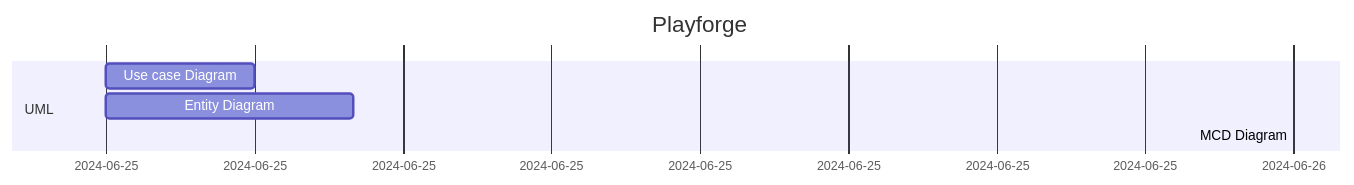
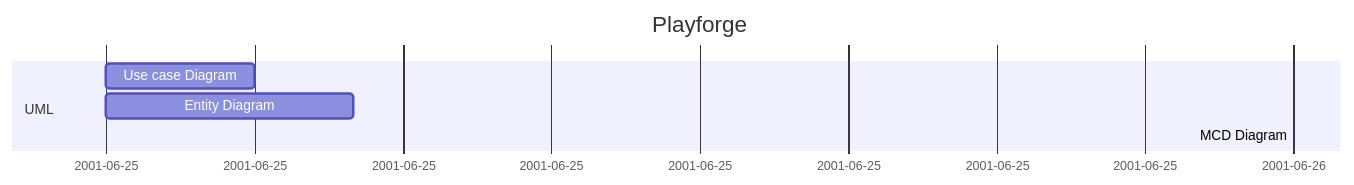
The first of 3 diagrams in README.md (JameS-Gmz/api-Rest), drawn with Mermaid before and after one commit.

````diff
--- a/README.md
+++ b/README.md
@@ -45,9 +45,9 @@
 ```mermaid
 gantt
     title Playforge
-    dateFormat MM-DD
+    dateFormat MM-DD-HH
     section UML
         Use case Diagram    : 06-25,3h
         Entity Diagram    : 06-25, 5h
         MCD Diagram    : 06-26, 9am 4h
 ```
````
